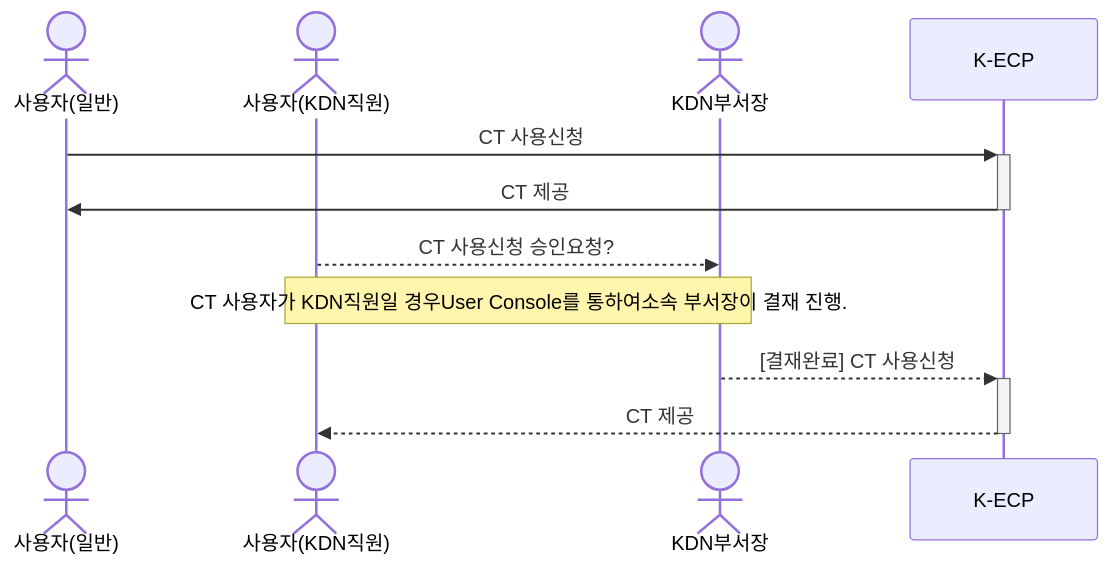
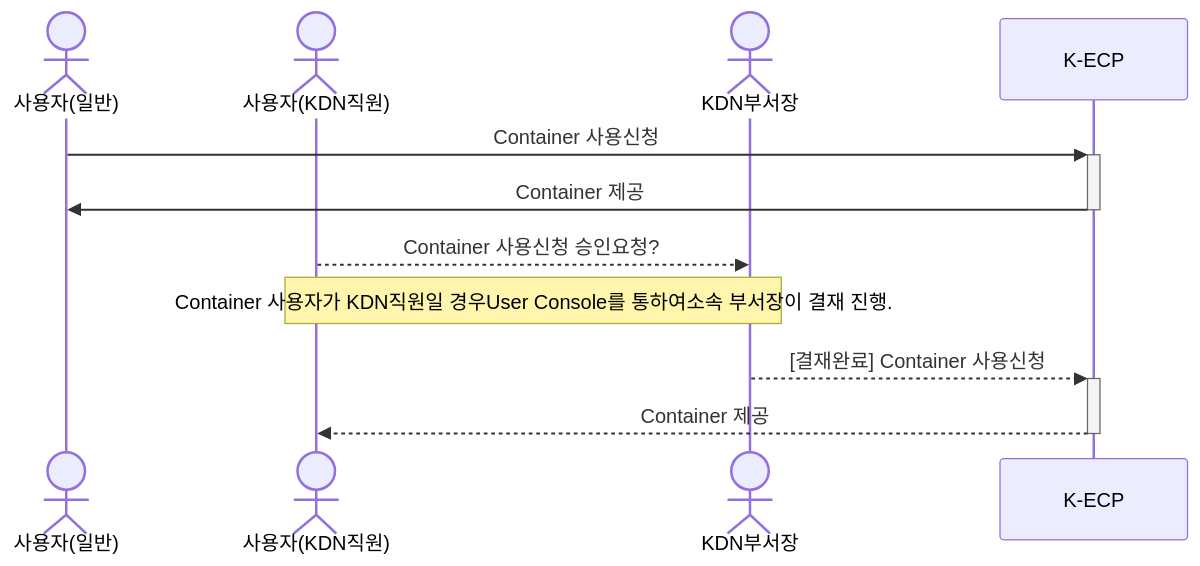
Before and after one commit to KDN-ECP/guidebooks: the diagram in mdfiles/Container_started.md, drawn with Mermaid. The commit also changed other lines of this file and 13 other files, not shown here.

````diff
--- a/mdfiles/Container_started.md
+++ b/mdfiles/Container_started.md
@@ -43,12 +43,12 @@
 ```mermaid
 sequenceDiagram
   actor 사용자(일반)
   actor 사용자(KDN직원)
   actor KDN부서장
-  사용자(일반) ->>+ K-ECP: CT 사용신청
-  K-ECP ->>- 사용자(일반): CT 제공
-  사용자(KDN직원) -->> KDN부서장: CT 사용신청 승인요청?
-  Note over 사용자(KDN직원), KDN부서장: CT 사용자가 KDN직원일 경우User Console를 통하여소속 부서장이 결재 진행.
-  KDN부서장 -->>+ K-ECP: [결재완료] CT 사용신청
-  K-ECP -->>- 사용자(KDN직원): CT 제공
+  사용자(일반) ->>+ K-ECP: Container 사용신청
+  K-ECP ->>- 사용자(일반): Container 제공
+  사용자(KDN직원) -->> KDN부서장: Container 사용신청 승인요청?
+  Note over 사용자(KDN직원), KDN부서장: Container 사용자가 KDN직원일 경우User Console를 통하여소속 부서장이 결재 진행.
+  KDN부서장 -->>+ K-ECP: [결재완료] Container 사용신청
+  K-ECP -->>- 사용자(KDN직원): Container 제공
 ```
````
